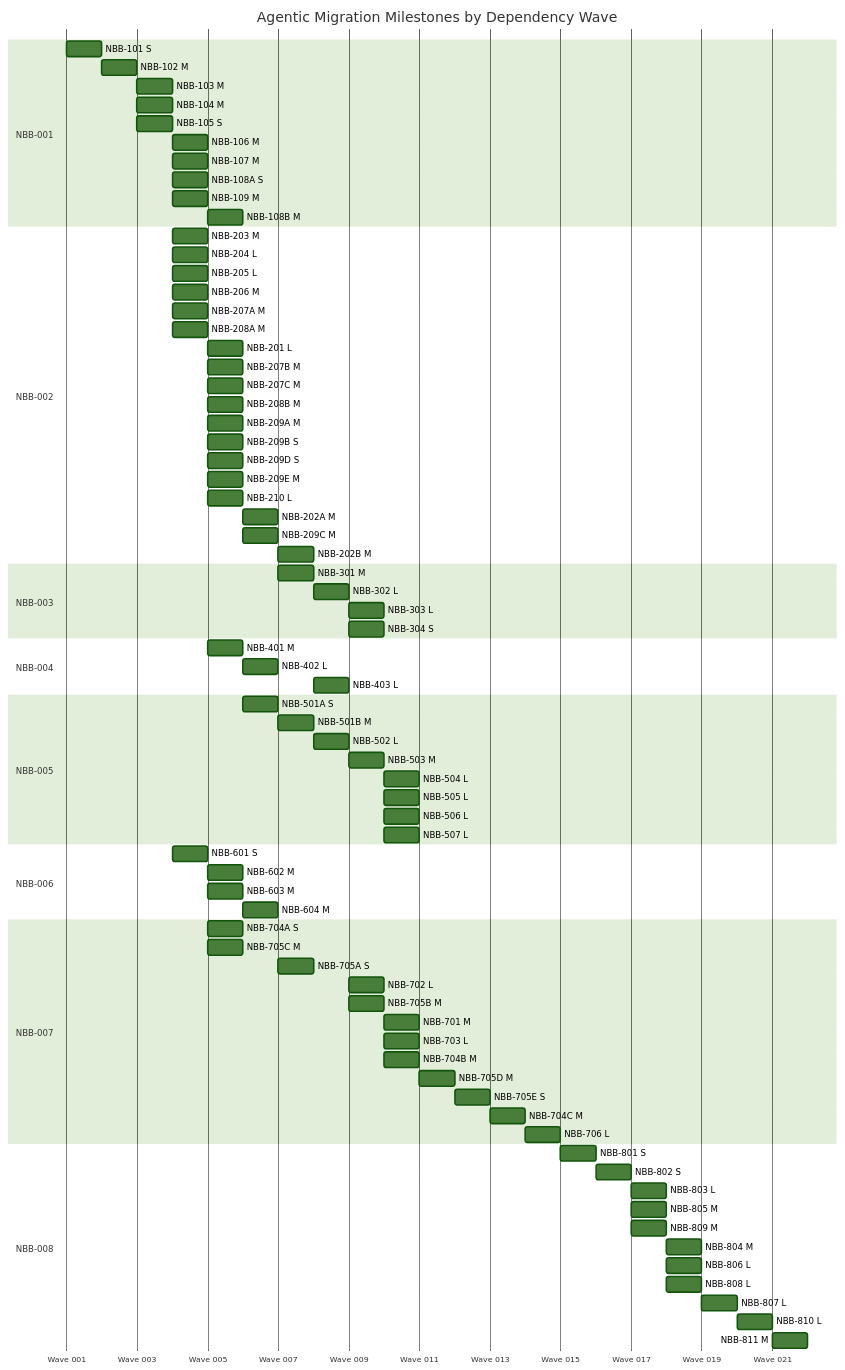
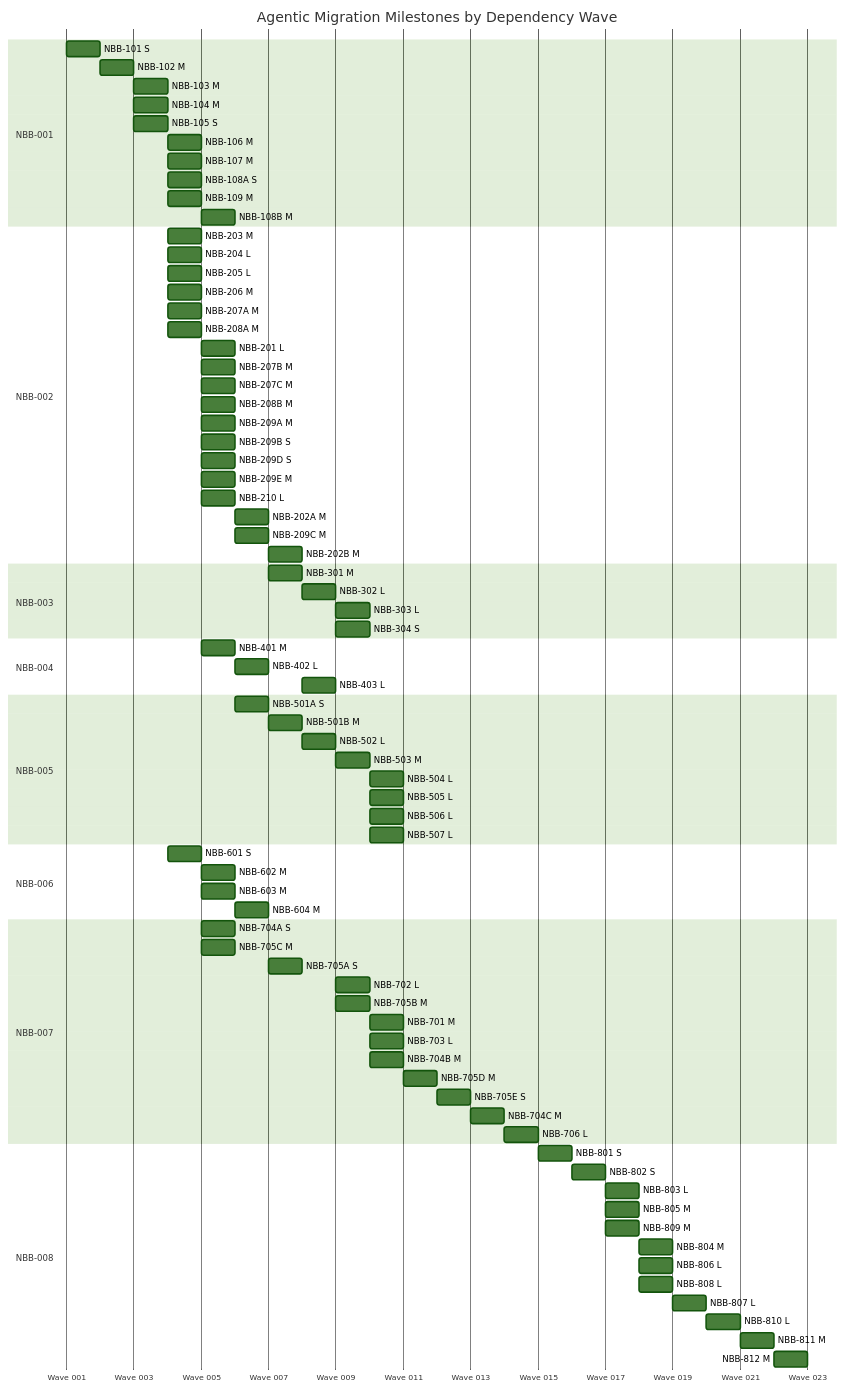
Before and after one commit to sour4bh/NoobBook: the second of 2 diagrams in docs/tickets/GRAPH.md, drawn with Mermaid (forest theme). The commit also changed other lines of this file and 63 other files, not shown here.

````diff
--- a/docs/tickets/GRAPH.md
+++ b/docs/tickets/GRAPH.md
@@ -333,4 +336,5 @@
   NBB-807 L :2026-01-19, 1d
   NBB-810 L :2026-01-20, 1d
   NBB-811 M :2026-01-21, 1d
+  NBB-812 M :2026-01-22, 1d
 ```
````
